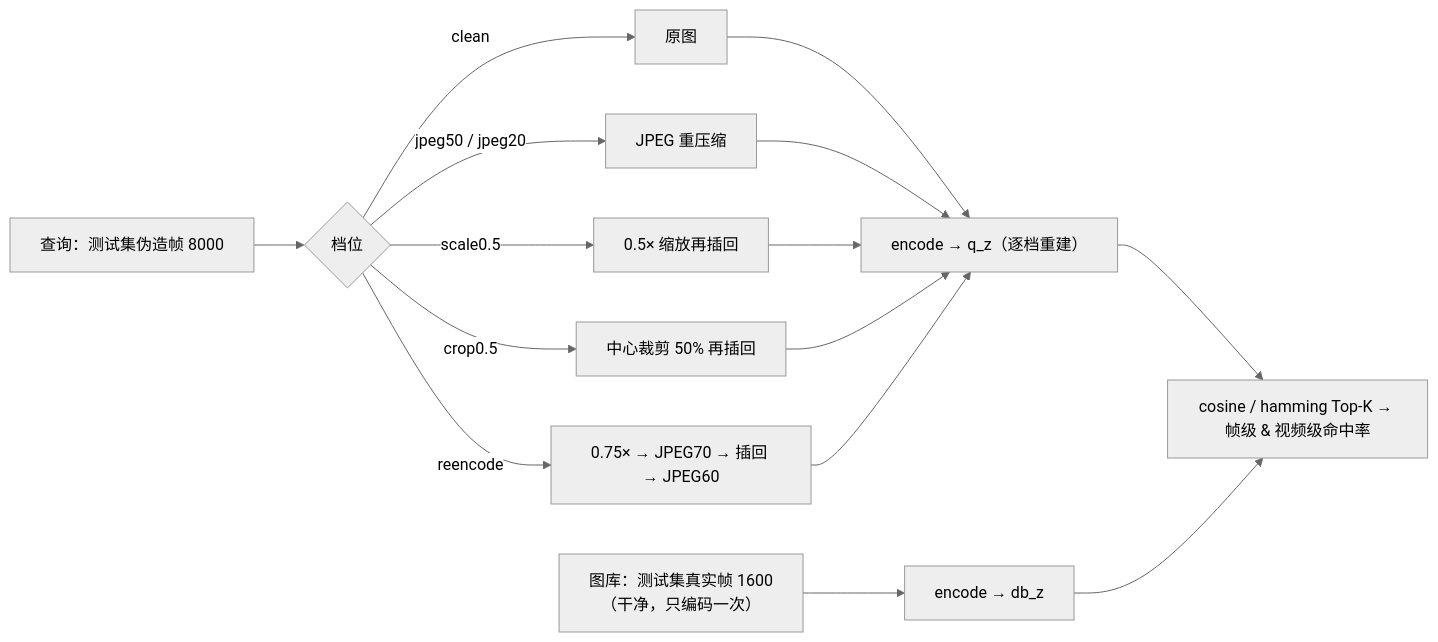
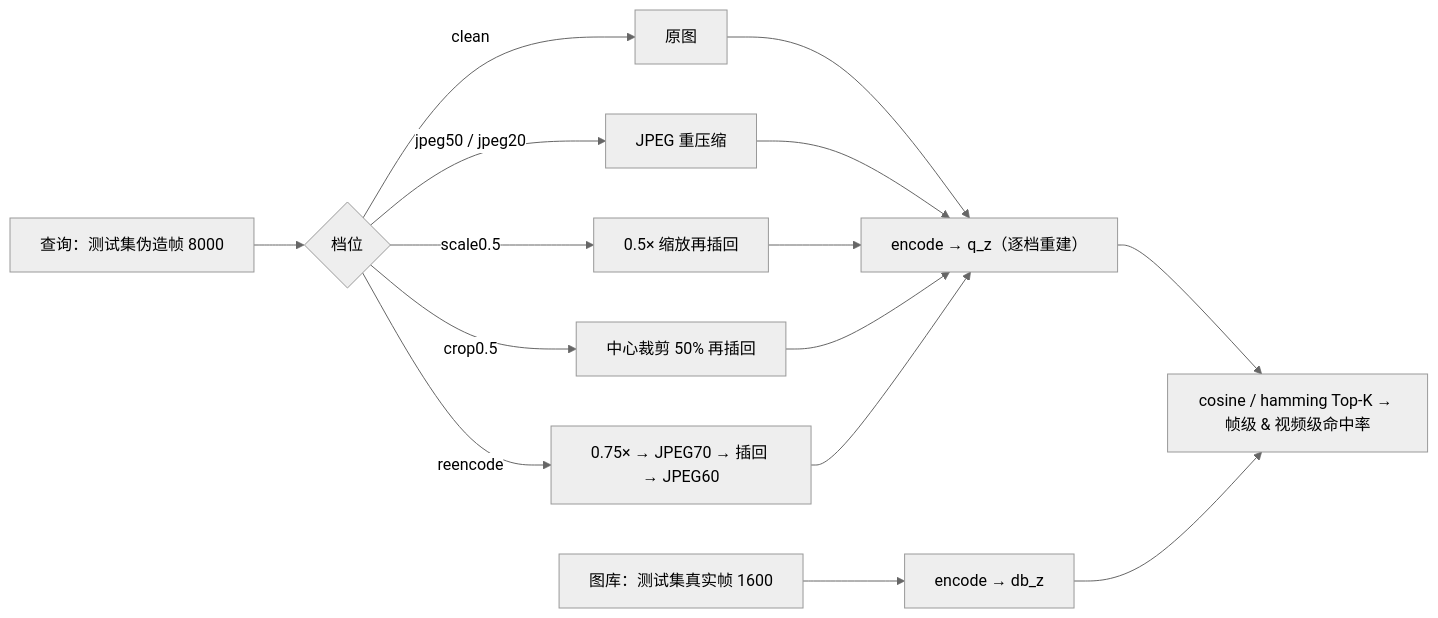
The seventh of 9 diagrams in docs/AURA_模型结构图.md (Lukas-VI/AURA), drawn with Mermaid (neutral theme) before and after one commit. The commit also changed other lines of this file and 40 other files, not shown here.

````diff
--- a/docs/AURA_模型结构图.md
+++ b/docs/AURA_模型结构图.md
@@ -104,17 +134,17 @@
 ```mermaid
 flowchart LR
-    DB["图库：测试集真实帧 1600<br/>（干净，只编码一次）"] --> ENC1["encode → db_z"]
+    DB["图库：测试集真实帧 1600"] --> ENC1["encode → db_z"]
     Q["查询：测试集伪造帧 8000"] --> DG{"档位"}
     DG -->|clean| E1["原图"]
     DG -->|jpeg50 / jpeg20| E2["JPEG 重压缩"]
     DG -->|scale0.5| E3["0.5× 缩放再插回"]
     DG -->|crop0.5| E4["中心裁剪 50% 再插回"]
     DG -->|reencode| E5["0.75× → JPEG70 → 插回 → JPEG60"]
     E1 --> ENC2["encode → q_z（逐档重建）"]
     E2 --> ENC2
     E3 --> ENC2
     E4 --> ENC2
     E5 --> ENC2
     ENC2 --> RK["cosine / hamming Top-K → 帧级 & 视频级命中率"]
     ENC1 --> RK
 ```
````
